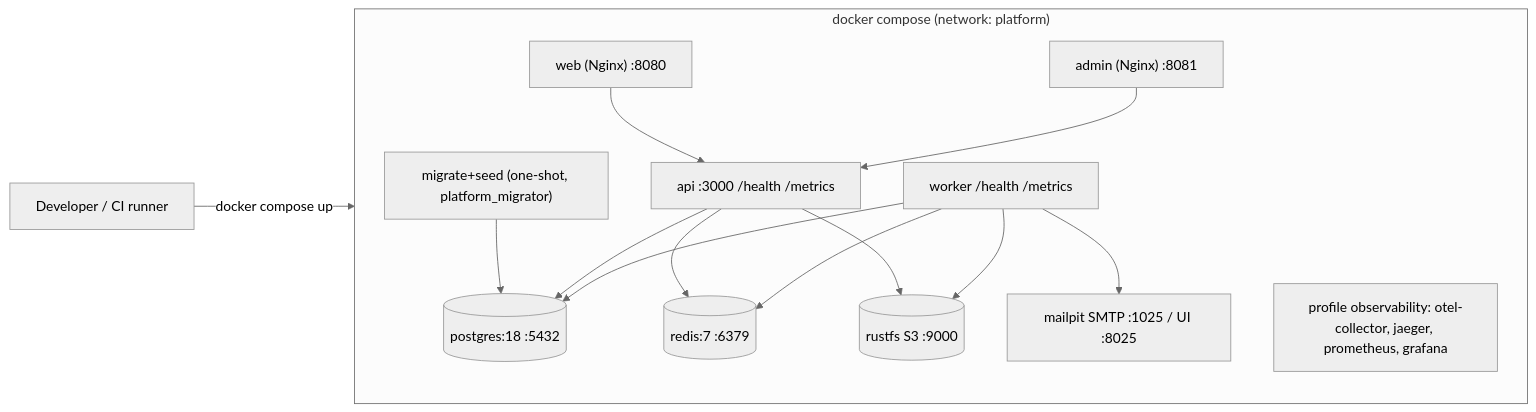
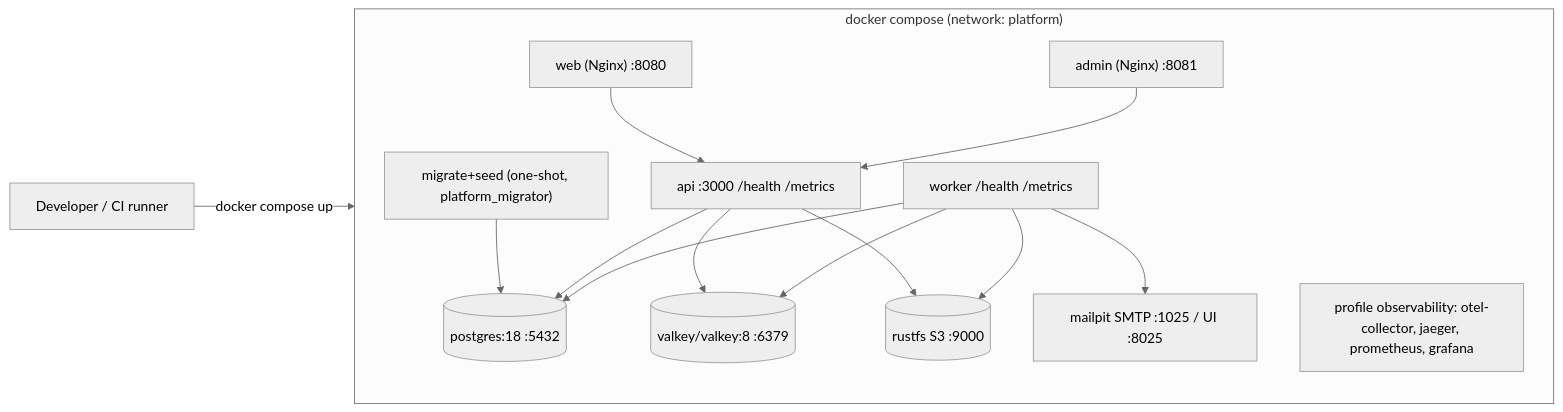
Diagram 11 of 11 in docs/03-architecture/ARCHITECTURE.md (sukhchdit/shipcube), drawn with Mermaid (neutral theme) before and after one commit. The commit also changed other lines of this file and 78 other files, not shown here.

````diff
--- a/docs/03-architecture/ARCHITECTURE.md
+++ b/docs/03-architecture/ARCHITECTURE.md
@@ -391,21 +391,21 @@
 ```mermaid
 flowchart LR
   dev["Developer / CI runner"] -->|docker compose up| compose
   subgraph compose["docker compose (network: platform)"]
     web["web (Nginx) :8080"]
     admin["admin (Nginx) :8081"]
     api["api :3000 /health /metrics"]
     worker["worker /health /metrics"]
     migrate["migrate+seed (one-shot, platform_migrator)"]
     pg[(postgres:18 :5432)]
-    redis[(redis:7 :6379)]
+    redis[(valkey/valkey:8 :6379)]
     rustfs[(rustfs S3 :9000)]
     mailpit["mailpit SMTP :1025 / UI :8025"]
     obs[profile observability: otel-collector, jaeger, prometheus, grafana]
   end
   migrate --> pg
   api --> pg & redis & rustfs
   worker --> pg & redis & rustfs & mailpit
   web --> api
   admin --> api
 ```
````
